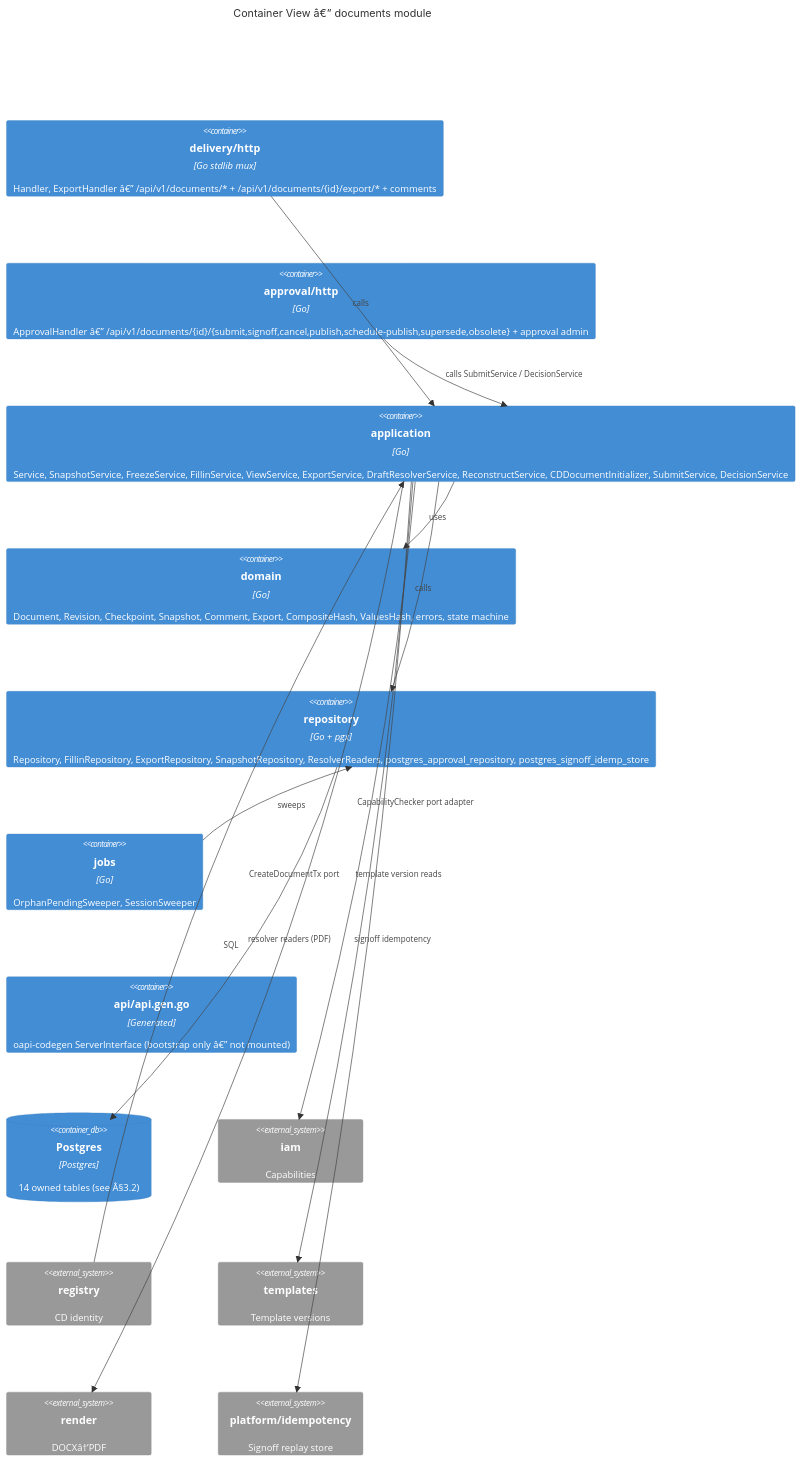
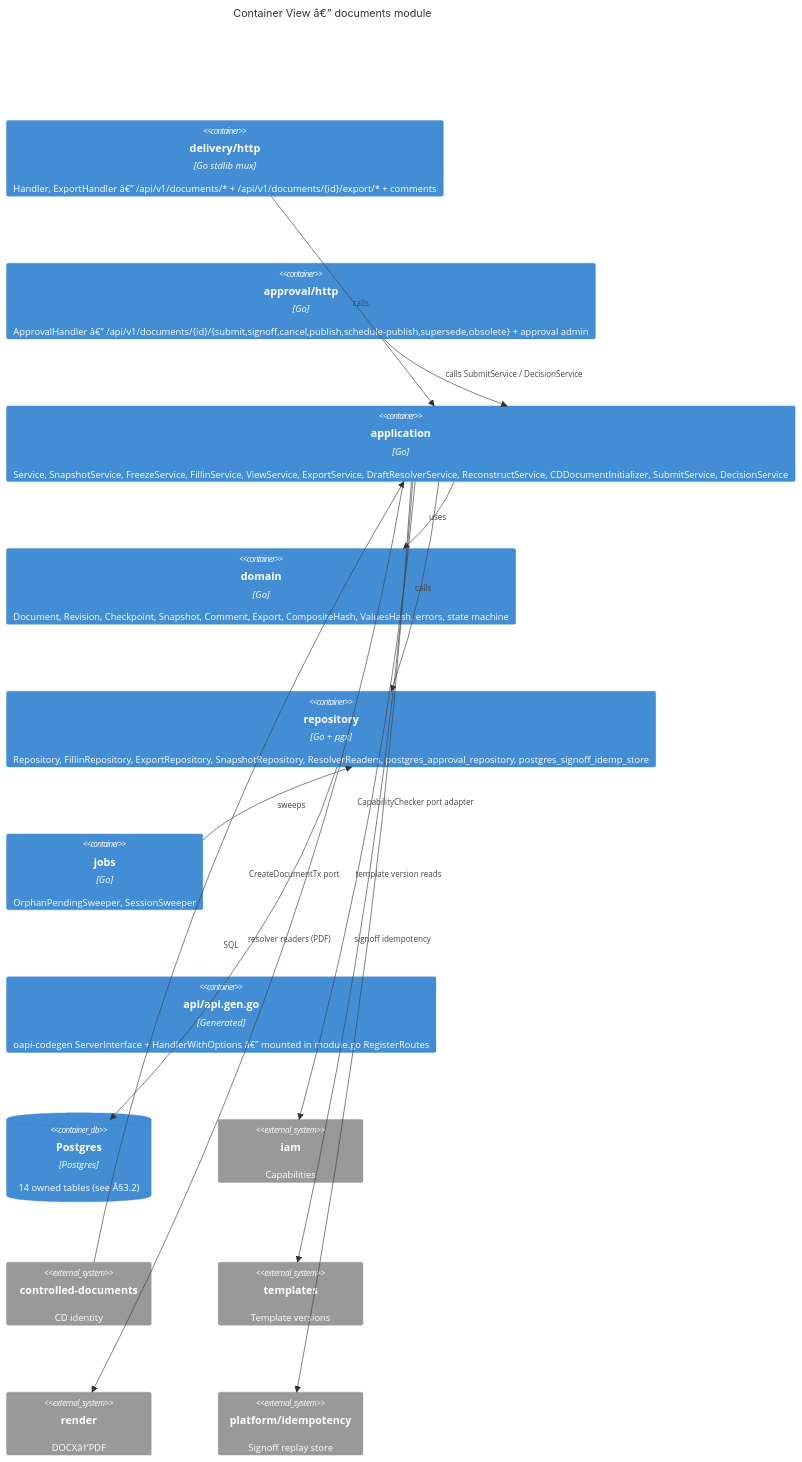
One commit to developmentconexus-ops/MetalDocs changed the second of 5 diagrams in wiki/modules/documents.md. Above: the diagram before and after it, drawn with Mermaid. The commit also changed other lines of this file and 18 other files, not shown here.

````diff
--- a/wiki/modules/documents.md
+++ b/wiki/modules/documents.md
@@ -128,28 +128,28 @@
 ```mermaid
 C4Container
     title Container View â€” documents module
     Container(http, "delivery/http", "Go stdlib mux", "Handler, ExportHandler â€” /api/v1/documents/* + /api/v1/documents/{id}/export/* + comments")
     Container(approvalHttp, "approval/http", "Go", "ApprovalHandler â€” /api/v1/documents/{id}/{submit,signoff,cancel,publish,schedule-publish,supersede,obsolete} + approval admin")
     Container(app, "application", "Go", "Service, SnapshotService, FreezeService, FillinService, ViewService, ExportService, DraftResolverService, ReconstructService, CDDocumentInitializer, SubmitService, DecisionService")
     Container(domain, "domain", "Go", "Document, Revision, Checkpoint, Snapshot, Comment, Export, CompositeHash, ValuesHash, errors, state machine")
     Container(repo, "repository", "Go + pgx", "Repository, FillinRepository, ExportRepository, SnapshotRepository, ResolverReaders, postgres_approval_repository, postgres_signoff_idemp_store")
     Container(jobs, "jobs", "Go", "OrphanPendingSweeper, SessionSweeper")
-    Container(api, "api/api.gen.go", "Generated", "oapi-codegen ServerInterface (bootstrap only â€” not mounted)")
+    Container(api, "api/api.gen.go", "Generated", "oapi-codegen ServerInterface + HandlerWithOptions â€” mounted in module.go RegisterRoutes")
     ContainerDb(db, "Postgres", "Postgres", "14 owned tables (see Â§3.2)")
     System_Ext(iam, "iam", "Capabilities")
-    System_Ext(registry, "registry", "CD identity")
+    System_Ext(controlledDocuments, "controlled-documents", "CD identity")
     System_Ext(templates, "templates", "Template versions")
     System_Ext(render, "render", "DOCXâ†’PDF")
     System_Ext(idemp, "platform/idempotency", "Signoff replay store")
     Rel(http, app, "calls")
     Rel(approvalHttp, app, "calls SubmitService / DecisionService")
     Rel(app, domain, "uses")
     Rel(app, repo, "calls")
     Rel(repo, db, "SQL")
     Rel(jobs, repo, "sweeps")
     Rel(app, iam, "CapabilityChecker port adapter")
-    Rel(registry, app, "CreateDocumentTx port")
+    Rel(controlledDocuments, app, "CreateDocumentTx port")
     Rel(app, templates, "template version reads")
     Rel(app, render, "resolver readers (PDF)")
     Rel(app, idemp, "signoff idempotency")
 ```
````
